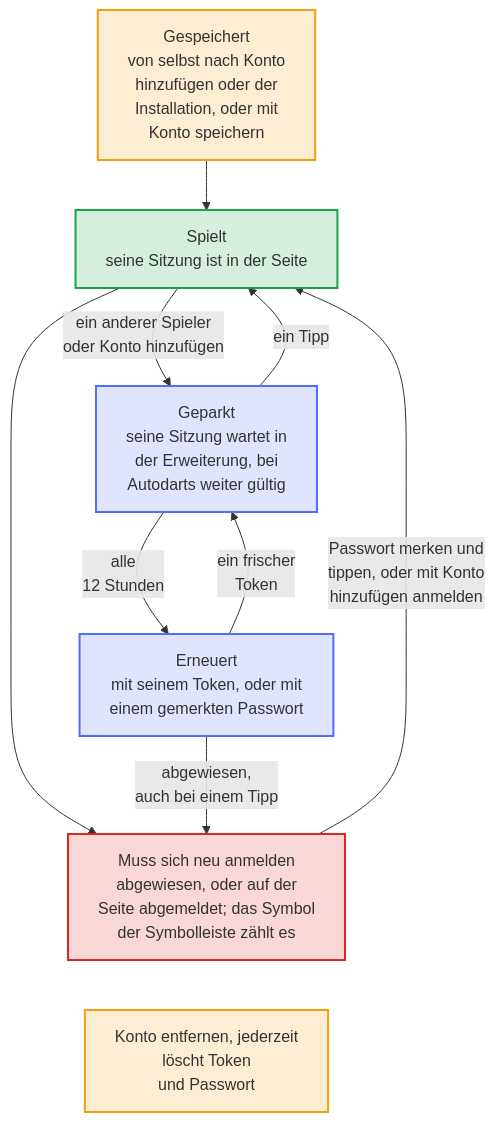
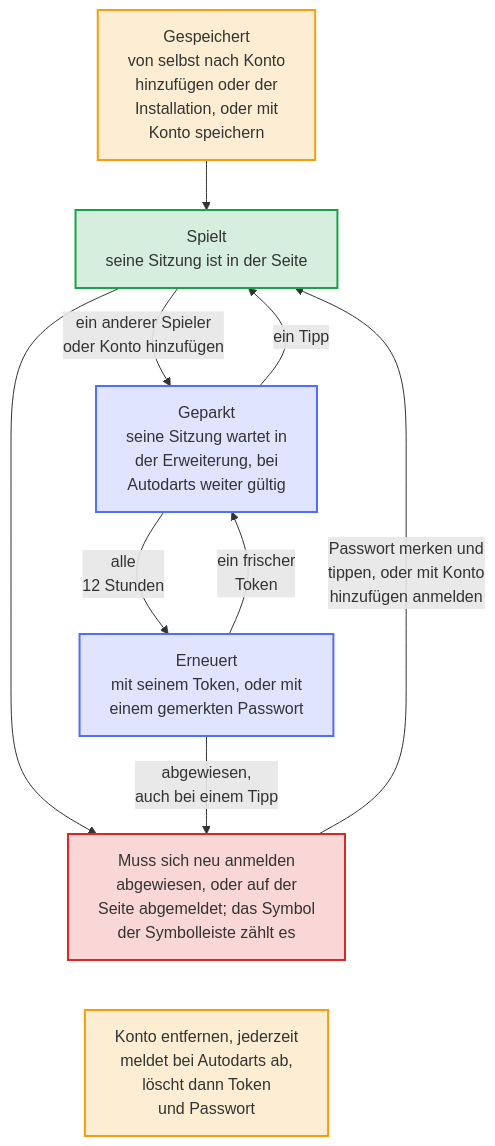
Before and after one commit to Dennis-Otto/player-switch-for-autodarts: the diagram in docs/diagrams/account-states.de.mmd, drawn with Mermaid. The commit also changed 56 other files, not shown here.

```diff
--- a/docs/diagrams/account-states.de.mmd
+++ b/docs/diagrams/account-states.de.mmd
@@ -1,34 +1,34 @@
 ---
 config:
   flowchart:
     wrappingWidth: 400
 ---
 flowchart TB
     accTitle: Das Leben eines gespeicherten Kontos
-    accDescr: Ein Konto, das sich auf der Seite anmeldet, wird nach Konto hinzufügen oder der Installation von selbst gespeichert, oder mit Konto speichern, und es spielt. Kommt ein anderer Spieler dran, oder meldet Konto hinzufügen die Seite ab, wird seine Sitzung geparkt, bei Autodarts weiter gültig, und ein Tipp holt es zurück. Alle 12 Stunden erneuert die Erweiterung jede geparkte Sitzung, mit ihrem Token oder einem gemerkten Passwort. Weist Autodarts ein Konto ab, bei einer Erneuerung oder einem Tipp, oder meldet es sich auf der Seite ab, muss es sich neu anmelden, und das Symbol in der Symbolleiste zählt es: sein Passwort merken und darauf tippen, oder sich einmal mit Konto hinzufügen anmelden. Konto entfernen löscht ein Konto mit Token und Passwort, in jedem Zustand.
+    accDescr: Ein Konto, das sich auf der Seite anmeldet, wird nach Konto hinzufügen oder der Installation von selbst gespeichert, oder mit Konto speichern, und es spielt. Kommt ein anderer Spieler dran, oder meldet Konto hinzufügen die Seite ab, wird seine Sitzung geparkt, bei Autodarts weiter gültig, und ein Tipp holt es zurück. Alle 12 Stunden erneuert die Erweiterung jede geparkte Sitzung, mit ihrem Token oder einem gemerkten Passwort. Weist Autodarts ein Konto ab, bei einer Erneuerung oder einem Tipp, oder meldet es sich auf der Seite ab, muss es sich neu anmelden, und das Symbol in der Symbolleiste zählt es: sein Passwort merken und darauf tippen, oder sich einmal mit Konto hinzufügen anmelden. Konto entfernen meldet ein Konto bei Autodarts ab und löscht es dann mit Token und Passwort, in jedem Zustand.
 
     save["Gespeichert<br>von selbst nach Konto<br>hinzufügen oder der<br>Installation, oder mit<br>Konto speichern"]
     playing["Spielt<br>seine Sitzung ist in der Seite"]
     parked["Geparkt<br>seine Sitzung wartet in<br>der Erweiterung, bei<br>Autodarts weiter gültig"]
     renewal["Erneuert<br>mit seinem Token, oder mit<br>einem gemerkten Passwort"]
     signin["Muss sich neu anmelden<br>abgewiesen, oder auf der<br>Seite abgemeldet; das Symbol<br>der Symbolleiste zählt es"]
-    removed["Konto entfernen, jederzeit<br>löscht Token<br>und Passwort"]
+    removed["Konto entfernen, jederzeit<br>meldet bei Autodarts ab,<br>löscht dann Token<br>und Passwort"]
 
     save --> playing
     playing -- "ein anderer Spieler<br>oder Konto hinzufügen" --> parked
     parked -- "ein Tipp" --> playing
     parked -- "alle<br>12 Stunden" --> renewal
     renewal -- "ein frischer<br>Token" --> parked
     playing --> signin
     renewal -- "abgewiesen,<br>auch bei einem Tipp" --> signin
     signin -- "Passwort merken und<br>tippen, oder mit Konto<br>hinzufügen anmelden" --> playing
     signin ~~~ removed
 
     classDef bot fill:#526cfe2e,stroke:#526cfe,stroke-width:2px
     classDef done fill:#16a34a2e,stroke:#16a34a,stroke-width:2px
     classDef person fill:#f59e0b2e,stroke:#f59e0b,stroke-width:2px
     classDef failed fill:#dc26262e,stroke:#dc2626,stroke-width:2px
     class save,removed person
     class playing done
     class parked,renewal bot
     class signin failed
```
